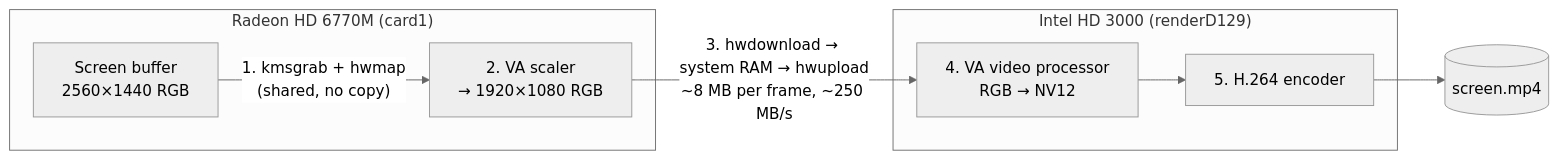
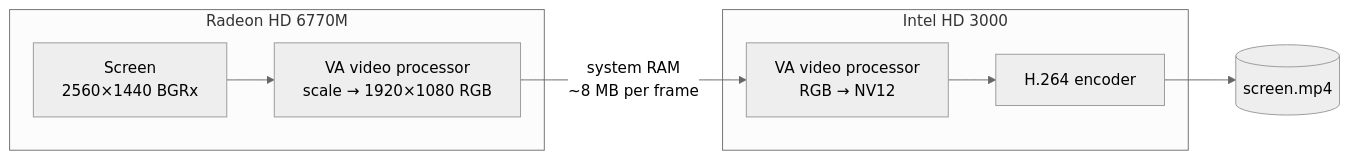
Before and after one commit to zimchaa/imac-2011-linux: the diagram in README.md, drawn with Mermaid (neutral theme). The commit also changed other lines of this file and 3 other files, not shown here.

````diff
--- a/README.md
+++ b/README.md
@@ -240,11 +255,11 @@
 ```mermaid
 flowchart LR
-    subgraph R["Radeon HD 6770M (card1)"]
-        FB["Screen buffer<br/>2560×1440 RGB"] -->|"1. kmsgrab + hwmap<br/>(shared, no copy)"| SC["2. VA scaler<br/>→ 1920×1080 RGB"]
+    subgraph R["Radeon HD 6770M"]
+        FB["Screen<br/>2560×1440 BGRx"] --> SC["VA video processor<br/>scale → 1920×1080 RGB"]
     end
-    subgraph I["Intel HD 3000 (renderD129)"]
-        CSC["4. VA video processor<br/>RGB → NV12"] --> ENC["5. H.264 encoder"]
+    subgraph I["Intel HD 3000"]
+        CSC["VA video processor<br/>RGB → NV12"] --> ENC["H.264 encoder"]
     end
-    SC -->|"3. hwdownload → system RAM → hwupload<br/>~8 MB per frame, ~250 MB/s"| CSC
+    SC -->|"system RAM<br/>~8 MB per frame"| CSC
     ENC --> MP4[("screen.mp4")]
 ```
````
